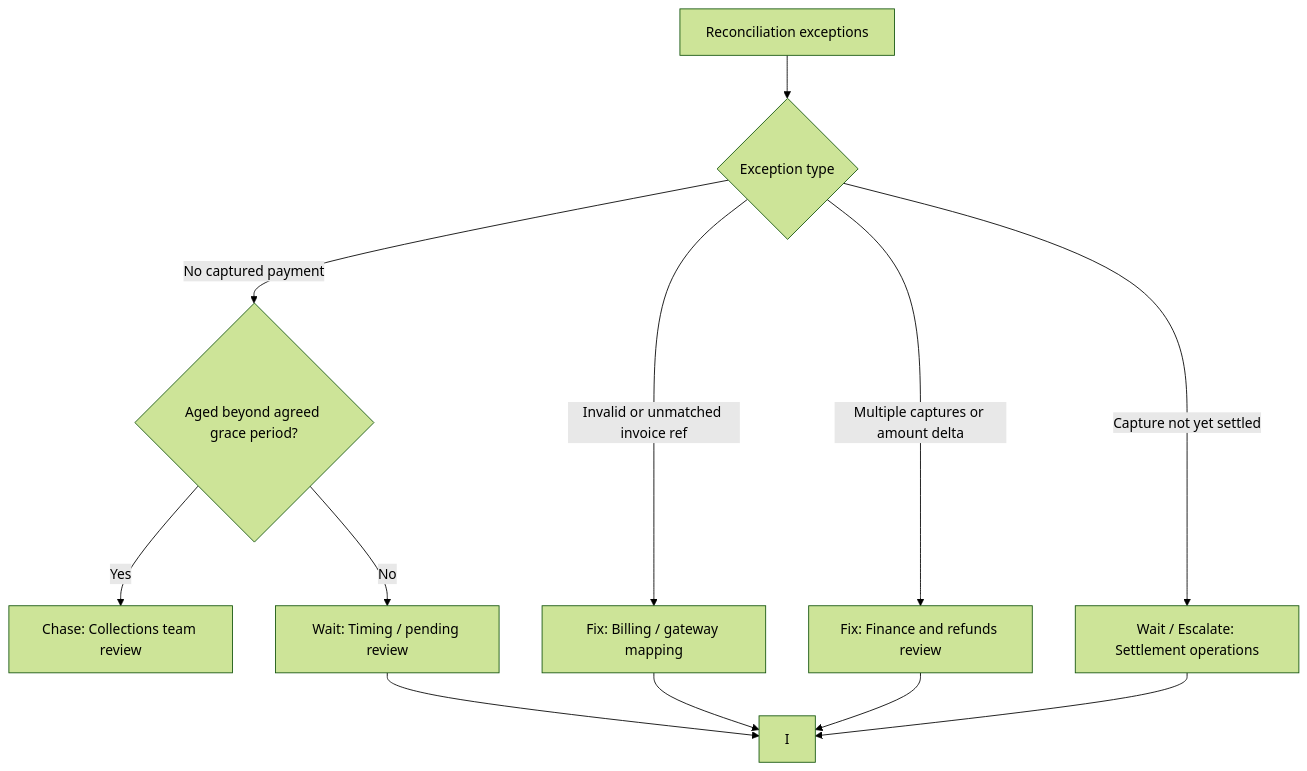
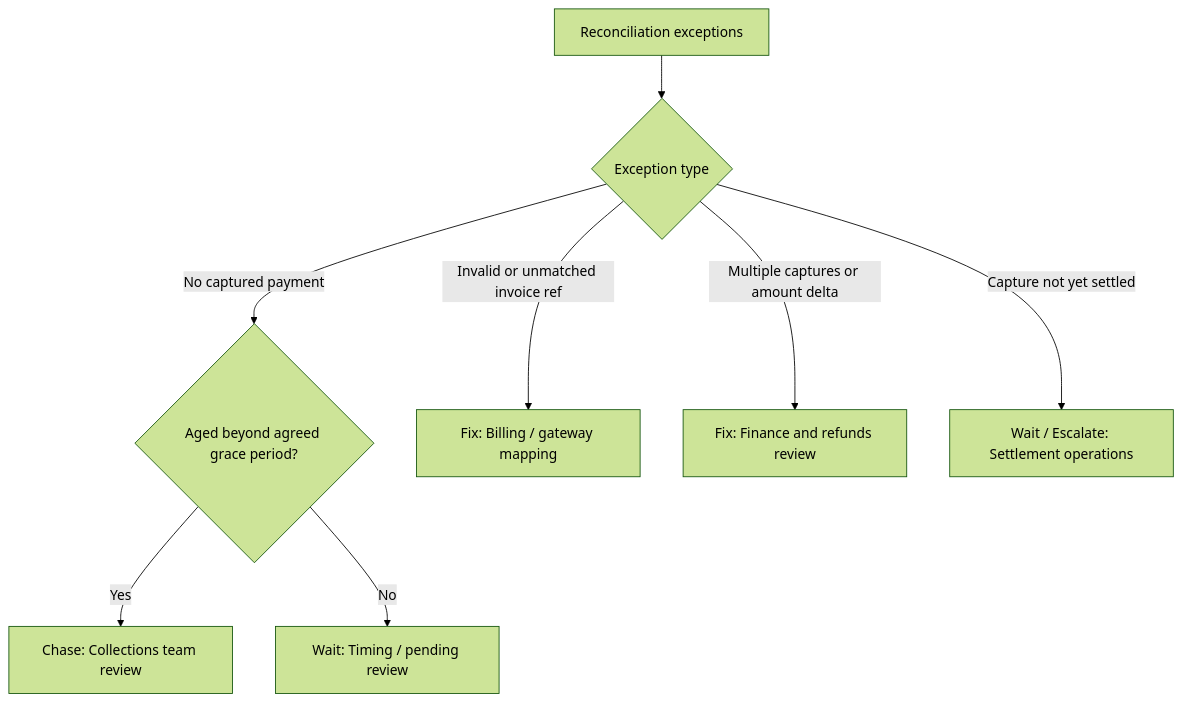
One commit to AnubhavLD/IITGN-AI-ML changed the fifth of 5 diagrams in Project01/docs/architecture-diagrams.md. Above: the diagram before and after it, drawn with Mermaid (forest theme). The commit also changed other lines of this file, not shown here.

First line of the commit message:
Remove data context diagram from architecture docs

````diff
--- a/Project01/docs/architecture-diagrams.md
+++ b/Project01/docs/architecture-diagrams.md
@@ -95,14 +78,10 @@
 ```mermaid
 flowchart TD
     A[Reconciliation exceptions] --> B{Exception type}
     B -->|No captured payment| C{Aged beyond agreed grace period?}
     C -->|Yes| D[Chase: Collections team review]
     C -->|No| E[Wait: Timing / pending review]
     B -->|Invalid or unmatched invoice ref| F[Fix: Billing / gateway mapping]
     B -->|Multiple captures or amount delta| G[Fix: Finance and refunds review]
     B -->|Capture not yet settled| H[Wait / Escalate: Settlement operations]
-    E --> I
-    F --> I
-    G --> I
-    H --> I
 ```
````
